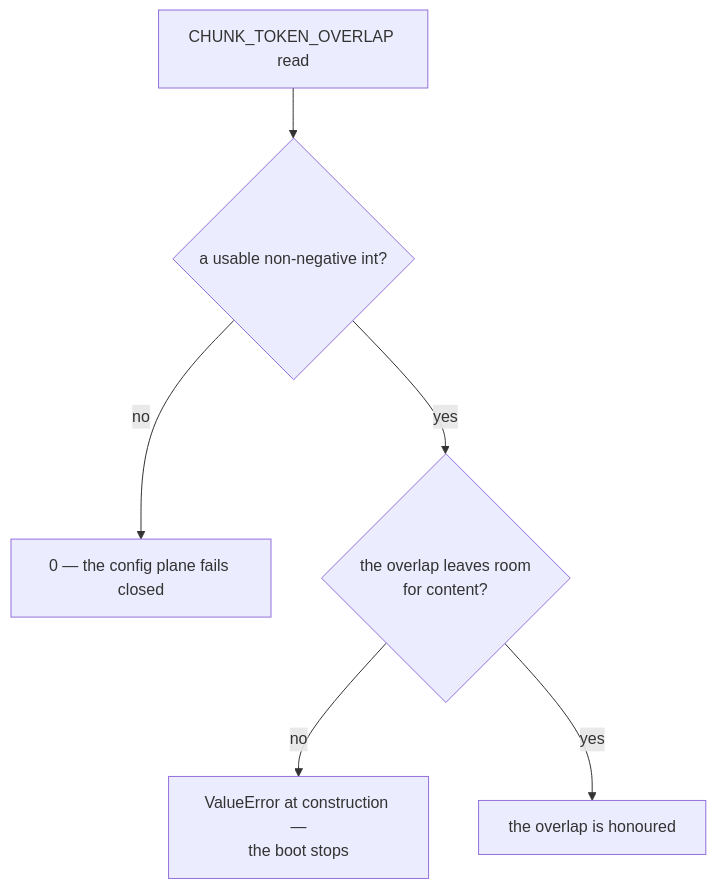
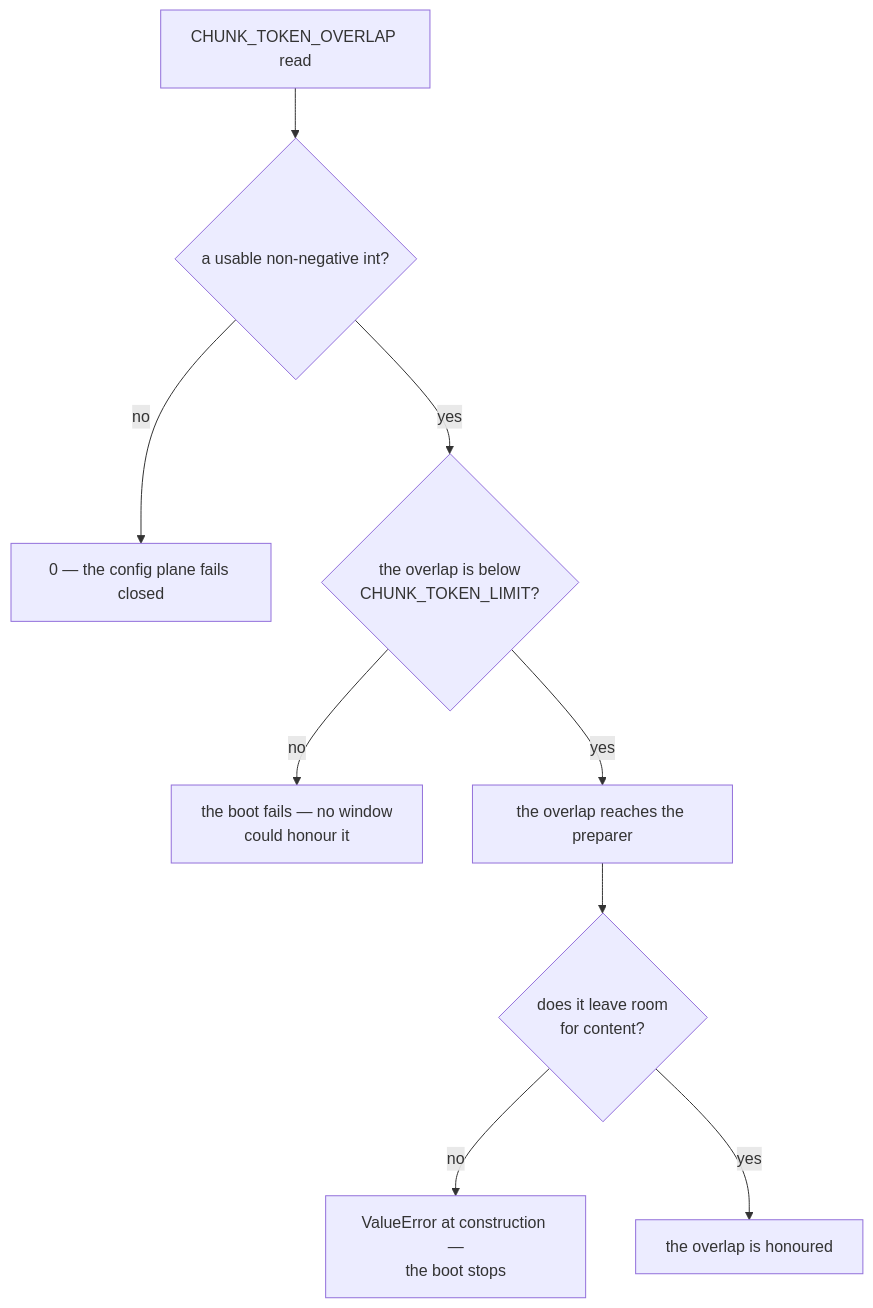
The fifth of 5 diagrams in services/inference/specifications/references/inference-overlap.md (kunalPisolkar24/detectAI), drawn with Mermaid before and after one commit. The commit also changed other lines of this file, not shown here.

Commit message:
Correct the inference chunk-overlap design reference

````diff
--- a/services/inference/specifications/references/inference-overlap.md
+++ b/services/inference/specifications/references/inference-overlap.md
@@ -387,8 +456,11 @@
 ```mermaid
 flowchart TD
     A["CHUNK_TOKEN_OVERLAP read"] --> B{"a usable non-negative int?"}
     B -- no --> Z["0 — the config plane fails closed"]
-    B -- yes --> C{"the overlap leaves room<br/>for content?"}
-    C -- no --> Y["ValueError at construction —<br/>the boot stops"]
-    C -- yes --> D["the overlap is honoured"]
+    B -- yes --> C{"the overlap is below<br/>CHUNK_TOKEN_LIMIT?"}
+    C -- no --> X["the boot fails — no window<br/>could honour it"]
+    C -- yes --> D["the overlap reaches the preparer"]
+    D --> E{"does it leave room<br/>for content?"}
+    E -- no --> Y["ValueError at construction —<br/>the boot stops"]
+    E -- yes --> F["the overlap is honoured"]
 ```
````
